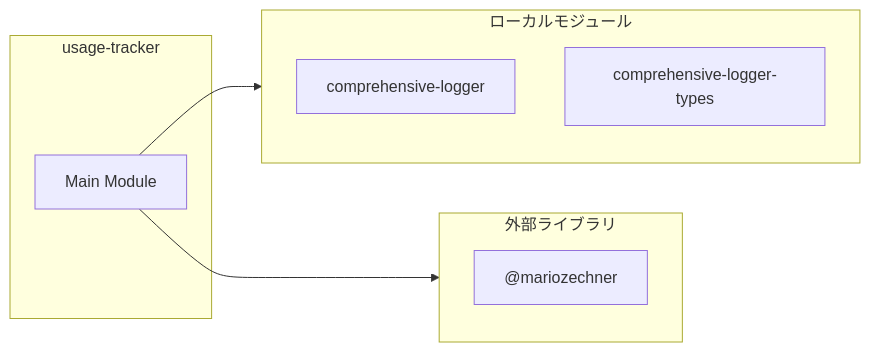
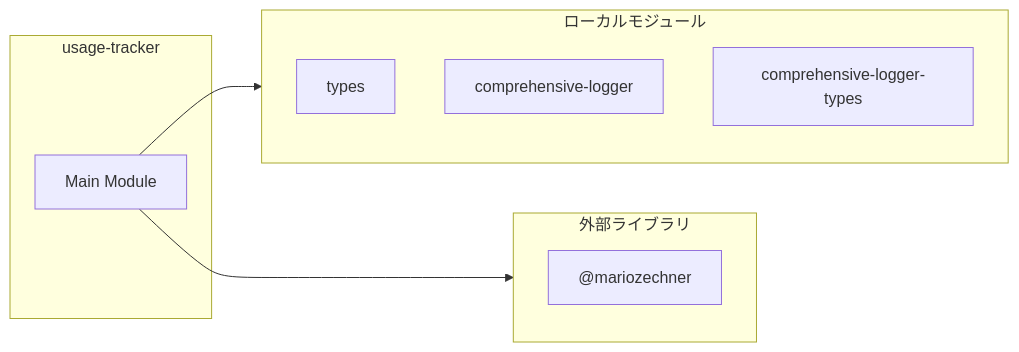
Before and after one commit to Mekann2904/mekann: the second of 2 diagrams in ABDD/.pi/extensions/usage-tracker.md, drawn with Mermaid. The commit also changed other lines of this file and 189 other files, not shown here.

````diff
--- a/ABDD/.pi/extensions/usage-tracker.md
+++ b/ABDD/.pi/extensions/usage-tracker.md
@@ -53,16 +53,17 @@
 ```mermaid
 flowchart LR
   subgraph this[usage-tracker]
     main[Main Module]
   end
   subgraph local[ローカルモジュール]
+    types["types"]
     comprehensive_logger["comprehensive-logger"]
     comprehensive_logger_types["comprehensive-logger-types"]
   end
   main --> local
   subgraph external[外部ライブラリ]
     _mariozechner["@mariozechner"]
     _mariozechner["@mariozechner"]
   end
   main --> external
 ```
````
